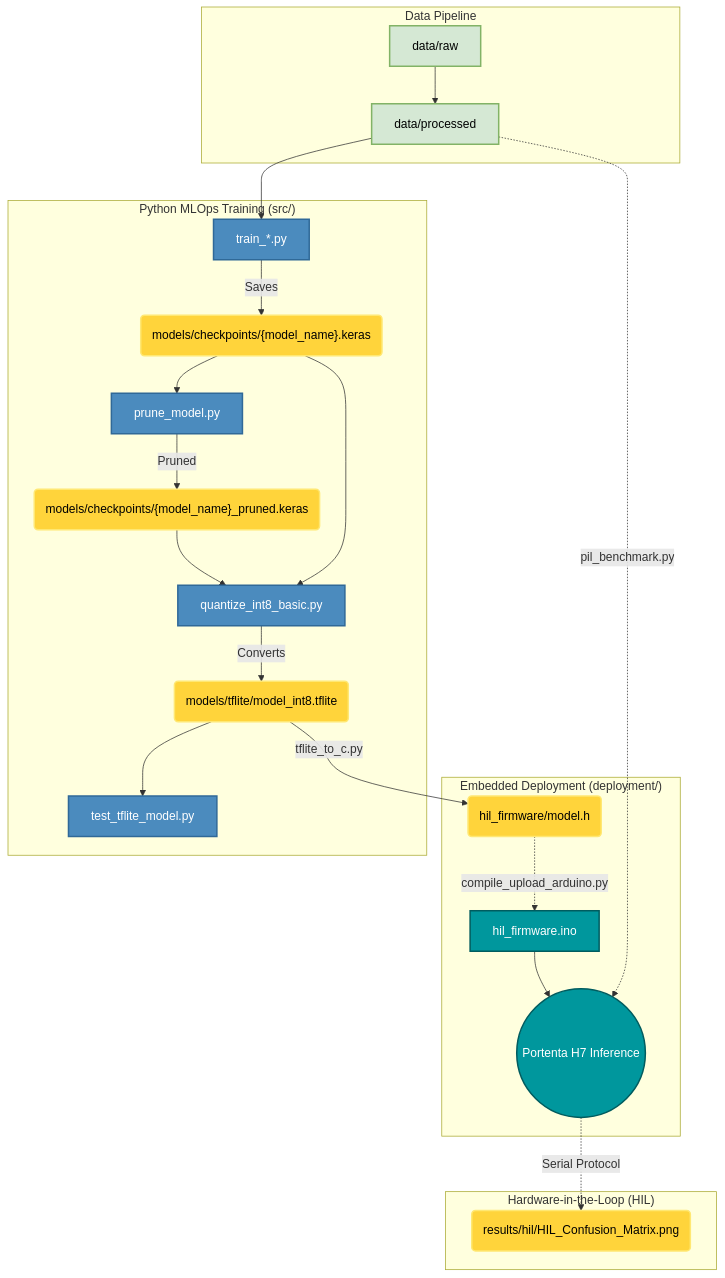
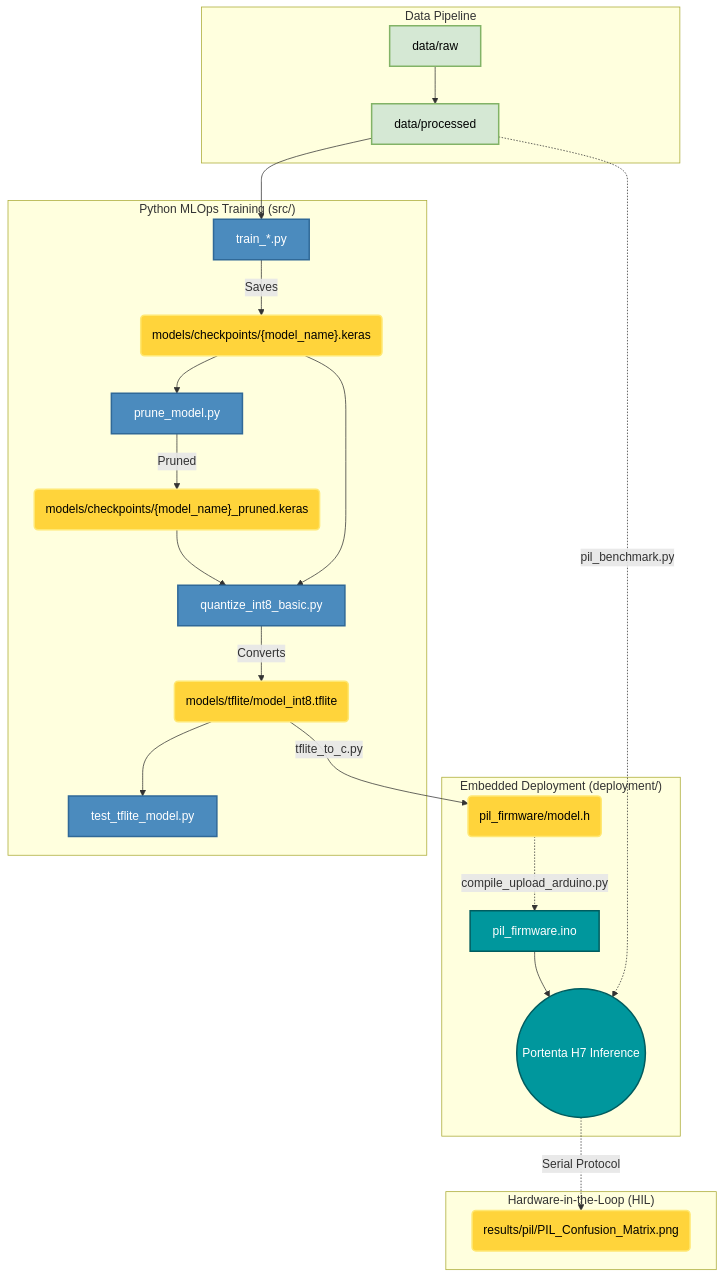
The diagram in README.md (F4bian1012/Investigacion), drawn with Mermaid before and after one commit. The commit also changed other lines of this file and 4 other files, not shown here.

First line of the commit message:
refactor: rename PIL bench (hil_firmware/hil_benchmark -> pil_firmware/pil_benchmark)

````diff
--- a/README.md
+++ b/README.md
@@ -91,35 +91,35 @@
 ```mermaid
 graph TD
     %% Styling
     classDef default fill:#f9f9f9,stroke:#333,stroke-width:2px,color:#000;
     classDef data fill:#D5E8D4,stroke:#82B366,stroke-width:2px,color:#000;
     classDef python fill:#4B8BBE,stroke:#306998,stroke-width:2px,color:#fff;
     classDef hardware fill:#00979D,stroke:#005C5F,stroke-width:2px,color:#fff;
     classDef artifact fill:#FFD43B,stroke:#FFE873,stroke-width:2px,color:#000;
 
     subgraph "Data Pipeline"
         RAW[data/raw]:::data --> PROC[data/processed]:::data
     end
 
     subgraph "Python MLOps Training (src/)"
         PROC --> TRAIN[train_*.py]:::python
         TRAIN -->|Saves| KERAS("models/checkpoints/{model_name}.keras"):::artifact
         KERAS --> PRUNE[prune_model.py]:::python
         PRUNE -->|Pruned| KERAS_PRUNED("models/checkpoints/{model_name}_pruned.keras"):::artifact
         KERAS --> OPT[quantize_int8_basic.py]:::python
         KERAS_PRUNED --> OPT
         OPT -->|Converts| TFLITE(models/tflite/model_int8.tflite):::artifact
         TFLITE --> EVAL[test_tflite_model.py]:::python
     end
 
     subgraph "Embedded Deployment (deployment/)"
-        TFLITE -->|tflite_to_c.py| HEADER(hil_firmware/model.h):::artifact
-        HEADER -.->|compile_upload_arduino.py| C_ENGINE[hil_firmware.ino]:::hardware
+        TFLITE -->|tflite_to_c.py| HEADER(pil_firmware/model.h):::artifact
+        HEADER -.->|compile_upload_arduino.py| C_ENGINE[pil_firmware.ino]:::hardware
         C_ENGINE --> INFERENCE((Portenta H7 Inference)):::hardware
     end
 
     subgraph "Hardware-in-the-Loop (HIL)"
         PROC -.->|pil_benchmark.py| INFERENCE
-        INFERENCE -.->|Serial Protocol| CM_PLOT(results/hil/HIL_Confusion_Matrix.png):::artifact
+        INFERENCE -.->|Serial Protocol| CM_PLOT(results/pil/PIL_Confusion_Matrix.png):::artifact
     end
 ```
````
